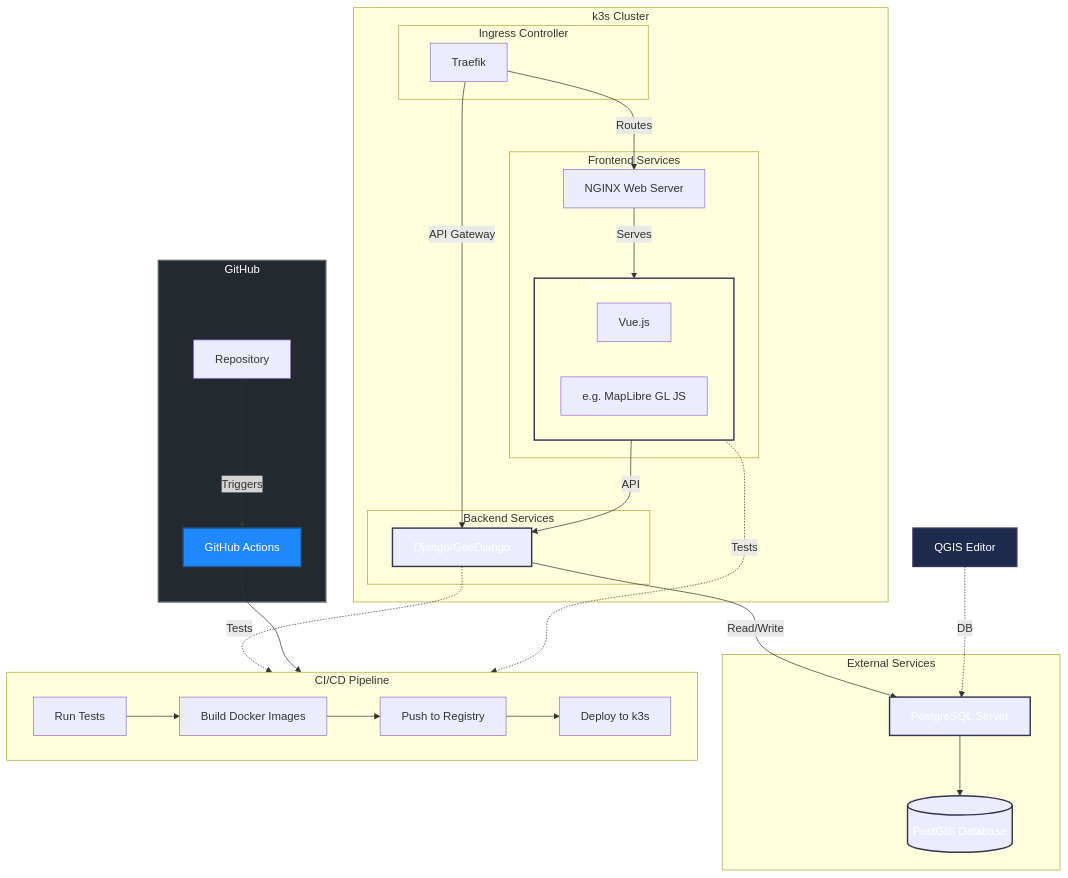
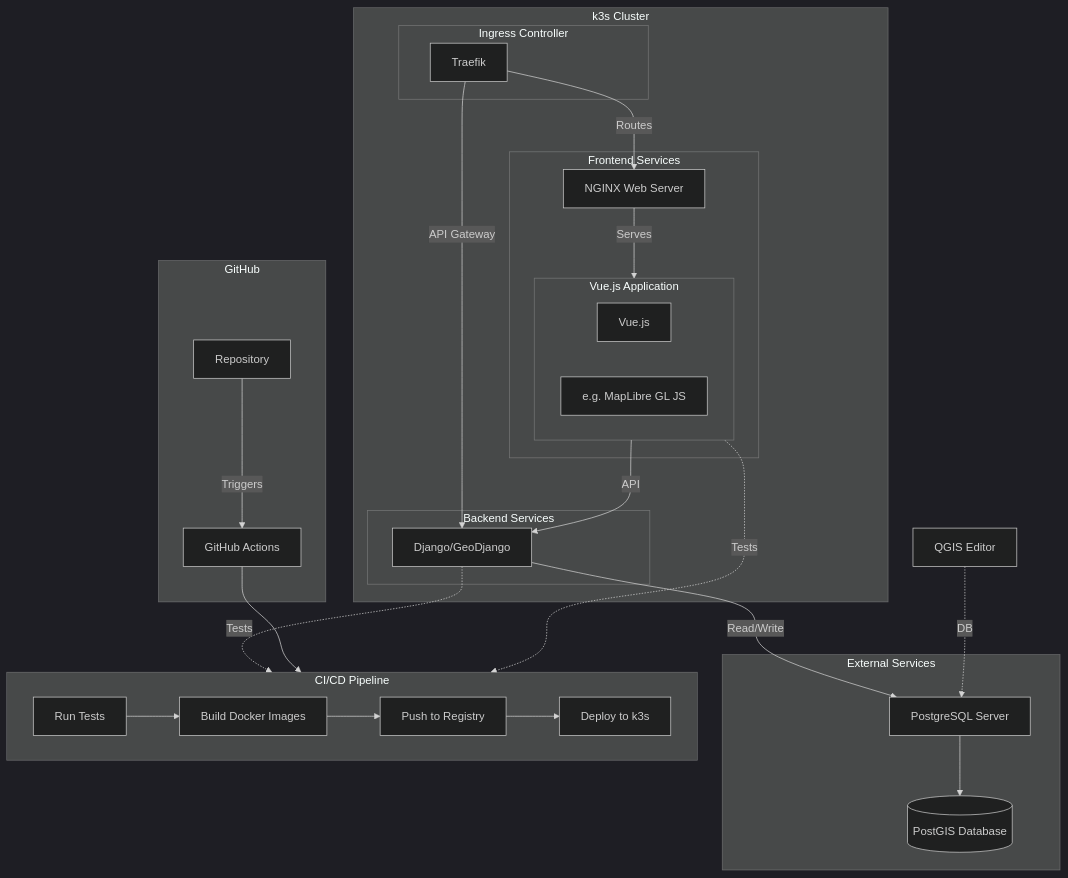
Before and after one commit to mjwalz/Kartografische_Zeitmaschine: diagram 11 of 20 in README.md, drawn with Mermaid. The commit also changed other lines of this file and 4 other files, not shown here.

````diff
--- a/README.md
+++ b/README.md
@@ -625,61 +649,66 @@
 ```mermaid
+---
+config:
+  theme: 'dark'
+---
+
 graph TD
     subgraph GitHub[GitHub]
         Repo[Repository]
         Actions[GitHub Actions]
         Repo -->|Triggers| Actions
     end
     
     subgraph K3s_Cluster[k3s Cluster]
         subgraph Ingress[Ingress Controller]
             traefik[Traefik]
         end
         
         subgraph Frontend[Frontend Services]
             subgraph WebApp[Vue.js Application]
                 direction LR
                 Vue[Vue.js]
                 MapLibre[e.g. MapLibre GL JS]
             end
             Nginx[NGINX Web Server]
             Nginx -->|Serves| WebApp
         end
         
         subgraph Backend[Backend Services]
             Django[Django/GeoDjango]
         end
         
         traefik -->|Routes| Nginx
         traefik -->|API Gateway| Django
     end
     
     subgraph External[External Services]
         PgServer[PostgreSQL Server] --> PgDB[(PostGIS Database)]
-        style PgServer stroke:#335,stroke-width:2px,color:white
-        style PgDB stroke:#335,stroke-width:2px,color:white
+        %%style PgServer stroke:#335,stroke-width:2px,color:white
+        %%style PgDB stroke:#335,stroke-width:2px,color:white
     end
     
     QGIS[QGIS Editor]
     
     %% Application Connections
     WebApp -- API --> Django
     Django -->|Read/Write| PgServer
     QGIS -.->|DB| PgServer
     
     %% CI/CD Pipeline
     subgraph CI_CD[CI/CD Pipeline]
         direction LR
         Tests[Run Tests] --> Build[Build Docker Images] --> Push[Push to Registry] --> Deploy[Deploy to k3s]
     end
     
     %% Connections
     Actions --> CI_CD
     Django & WebApp -.->|Tests| Tests
     
     %% Styling
-    style QGIS fill:#1d2b4c,stroke:#335,stroke-width:2px,color:white
-    style Django stroke:#335,stroke-width:2px,color:white
-    style WebApp stroke:#335,stroke-width:2px,color:white
-    style GitHub fill:#24292f,stroke:#57606a,stroke-width:2px,color:white
-    style Actions fill:#2088ff,stroke:#1a5f99,stroke-width:2px,color:white
+    %%style QGIS fill:#1d2b4c,stroke:#335,stroke-width:2px,color:white
+    %%style Django stroke:#335,stroke-width:2px,color:white
+    %%style WebApp stroke:#335,stroke-width:2px,color:white
+    %%style GitHub fill:#24292f,stroke:#57606a,stroke-width:2px,color:white
+    %%style Actions fill:#2088ff,stroke:#1a5f99,stroke-width:2px,color:white
 ```
````
